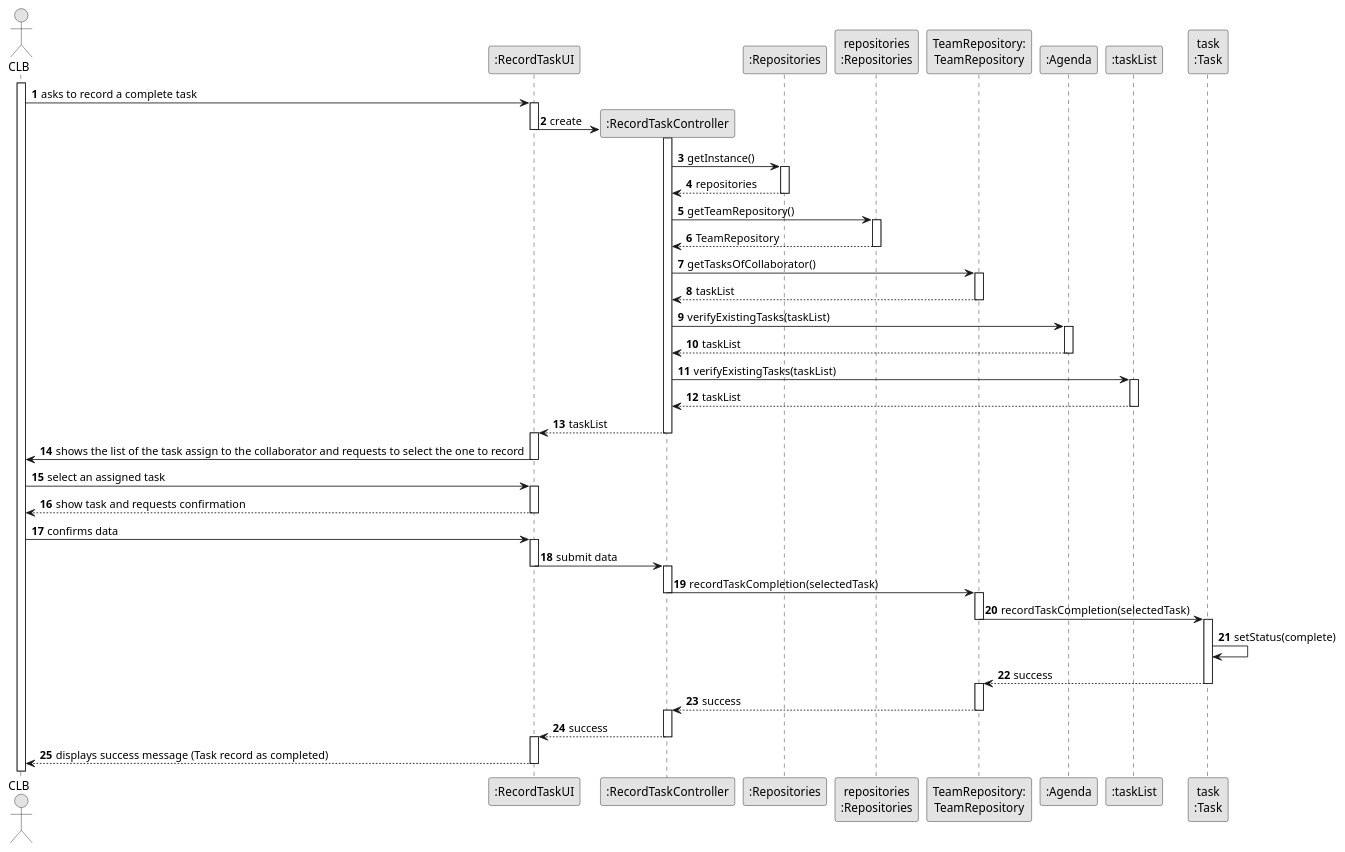
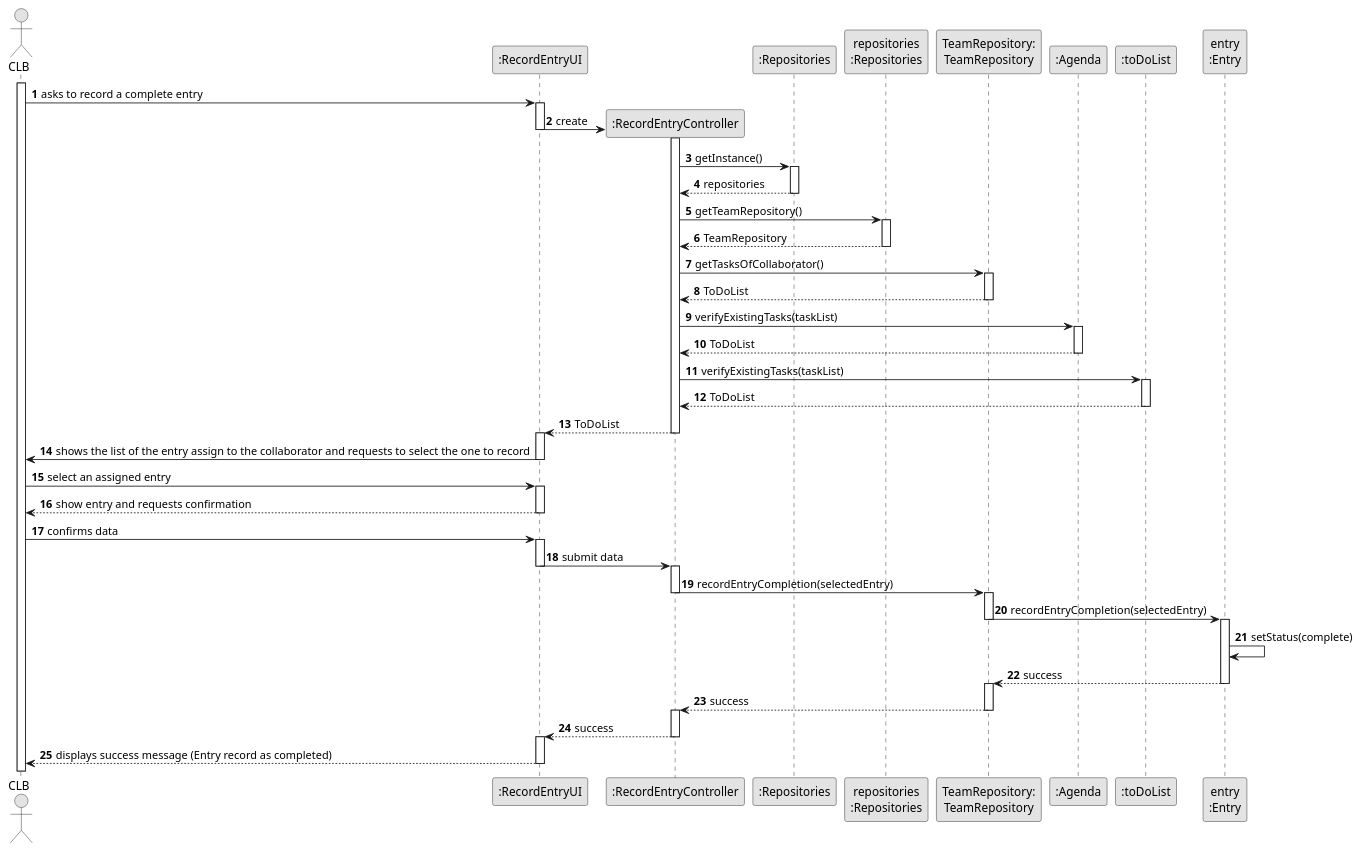
Before and after one commit to ricardomm7/leaflink: the diagram in docs/sprintC/us029/03.design/puml/us029-sequence-diagram-full.puml, drawn with PlantUML. The commit also changed 30 other files, not shown here.

Commit message:
Change Task to Entry in US24, US25, US29; Update domain model; Send verification from UI to Domain (Vehicle)

```diff
--- a/docs/sprintC/us029/03.design/puml/us029-sequence-diagram-full.puml
+++ b/docs/sprintC/us029/03.design/puml/us029-sequence-diagram-full.puml
@@ -1,105 +1,105 @@
 @startuml
 skinparam monochrome true
 skinparam packageStyle rectangle
 skinparam shadowing false
 
 
 autonumber
 
 actor "CLB" as CLB
-participant ":RecordTaskUI" as UI
-participant ":RecordTaskController" as CTRL
+participant ":RecordEntryUI" as UI
+participant ":RecordEntryController" as CTRL
 participant ":Repositories" as RepositorySingleton
 participant "repositories\n:Repositories" as PLAT
 participant "TeamRepository:\nTeamRepository" as TeamRepository
 participant ":Agenda" as Agenda
-participant ":taskList" as taskList
+participant ":toDoList" as ToDoList
 
-participant "task\n:Task" as Task
+participant "entry\n:Entry" as Entry
 
 
 activate CLB
 
-    CLB -> UI : asks to record a complete task
+    CLB -> UI : asks to record a complete entry
     activate UI
 
         UI -> CTRL** : create
         deactivate UI
         activate CTRL
 
             CTRL -> RepositorySingleton: getInstance()
             activate RepositorySingleton
 
                 RepositorySingleton --> CTRL: repositories
             deactivate RepositorySingleton
 
             CTRL -> PLAT : getTeamRepository()
             activate PLAT
 
                 PLAT --> CTRL: TeamRepository
             deactivate PLAT
 
             CTRL -> TeamRepository : getTasksOfCollaborator()
             activate TeamRepository
 
-                TeamRepository --> CTRL : taskList
+                TeamRepository --> CTRL : ToDoList
             deactivate TeamRepository
 
             CTRL -> Agenda : verifyExistingTasks(taskList)
             activate Agenda
 
-                Agenda --> CTRL : taskList
+                Agenda --> CTRL : ToDoList
             deactivate Agenda
 
-            CTRL -> taskList : verifyExistingTasks(taskList)
-            activate taskList
+            CTRL -> ToDoList : verifyExistingTasks(taskList)
+            activate ToDoList
 
-                taskList --> CTRL : taskList
-            deactivate taskList
+                ToDoList --> CTRL : ToDoList
+            deactivate ToDoList
 
-            CTRL --> UI : taskList
+            CTRL --> UI : ToDoList
         deactivate CTRL
         activate UI
 
-        UI -> CLB : shows the list of the task assign to the collaborator and requests to select the one to record
+        UI -> CLB : shows the list of the entry assign to the collaborator and requests to select the one to record
     deactivate UI
 
-    CLB -> UI : select an assigned task
+    CLB -> UI : select an assigned entry
     activate UI
 
-        UI --> CLB : show task and requests confirmation
+        UI --> CLB : show entry and requests confirmation
     deactivate UI
 
     CLB -> UI : confirms data
     activate UI
 
         UI -> CTRL : submit data
         deactivate UI
         activate CTRL
 
-            CTRL -> TeamRepository : recordTaskCompletion(selectedTask)
+            CTRL -> TeamRepository : recordEntryCompletion(selectedEntry)
             deactivate CTRL
             activate TeamRepository
 
-                TeamRepository -> Task : recordTaskCompletion(selectedTask)
+                TeamRepository -> Entry : recordEntryCompletion(selectedEntry)
                 deactivate TeamRepository
-                activate Task
+                activate Entry
 
-                    Task -> Task : setStatus(complete)
+                    Entry -> Entry : setStatus(complete)
 
-                Task --> TeamRepository : success
-                deactivate Task
+                Entry --> TeamRepository : success
+                deactivate Entry
                 activate TeamRepository
 
             TeamRepository --> CTRL : success
             deactivate TeamRepository
             activate CTRL
 
             CTRL --> UI : success
         deactivate CTRL
         activate UI
 
-        UI --> CLB : displays success message (Task record as completed)
+        UI --> CLB : displays success message (Entry record as completed)
     deactivate UI
 
 @enduml
```
